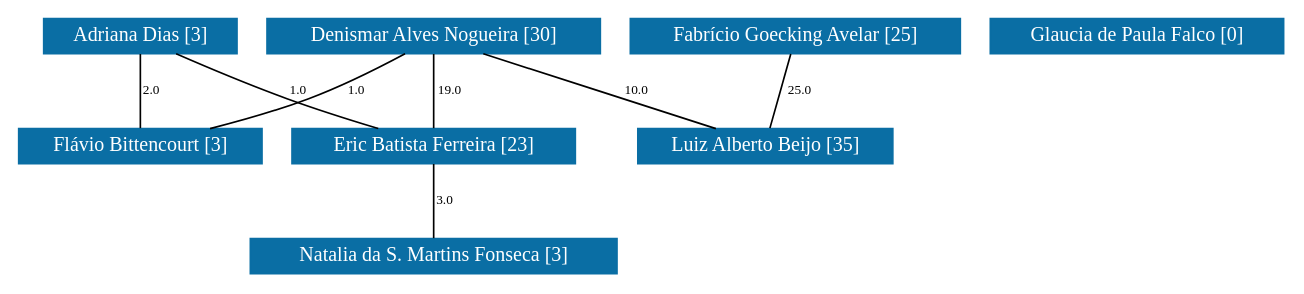
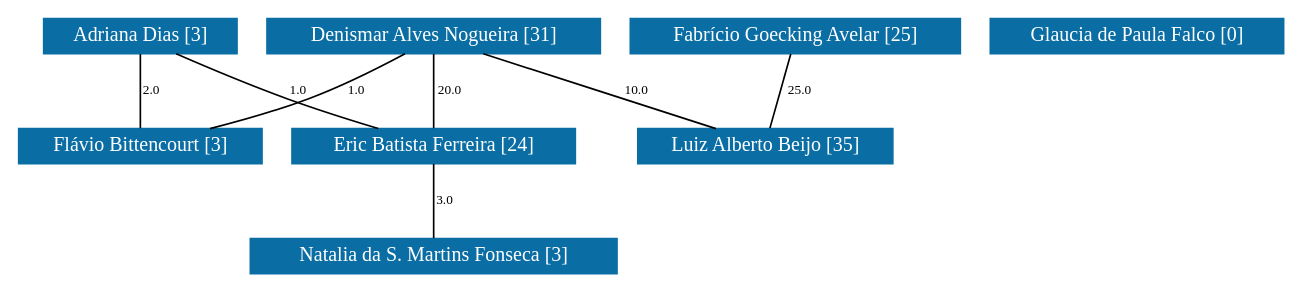
One commit to icamps/unifal-lattes.github.io changed the diagram in de/grafoDeColaboracoesComPesos.dot. Above: the diagram before and after it, drawn with Graphviz. The commit also changed 720 other files, not shown here.

```diff
--- a/de/grafoDeColaboracoesComPesos.dot
+++ b/de/grafoDeColaboracoesComPesos.dot
@@ -1,95 +1,95 @@
 strict graph grafo2 {
 	graph [bb="0,0,624.5,153",
 		id=grafo2,
 		overlap=False
 	];
 	node [fontsize=12,
 		label="\N",
 		shape=rectangle,
 		style=filled
 	];
 	0	 [URL="membro-9808310940421979.html",
 		color="#0A6EA4",
 		fontcolor="#FFFFFF",
 		height=0.29167,
 		label="Adriana Dias [3]",
 		pos="58.5,142.5",
 		width=1.3333];
 	2	 [URL="membro-9965398009651936.html",
 		color="#0A6EA4",
 		fontcolor="#FFFFFF",
 		height=0.29167,
-		label="Eric Batista Ferreira [23]",
+		label="Eric Batista Ferreira [24]",
 		pos="205.5,76.5",
 		width=1.8889];
 	0 -- 2	 [fontsize=8,
 		label=1.0,
 		lp="115.5,109.5",
 		pos="70.567,132 80.654,123.68 95.726,112.29 110.5,105 125.79,97.461 143.46,91.49 159.39,87.003"];
 	4	 [URL="membro-6581499944728910.html",
 		color="#0A6EA4",
 		fontcolor="#FFFFFF",
 		height=0.29167,
 		label="Flávio Bittencourt [3]",
 		pos="59.5,76.5",
 		width=1.6528];
 	0 -- 4	 [fontsize=8,
 		label=2.0,
 		lp="64.5,109.5",
 		pos="58.661,131.9 58.846,119.65 59.15,99.622 59.336,87.297"];
 	7	 [URL="membro-3374954104030940.html",
 		color="#0A6EA4",
 		fontcolor="#FFFFFF",
 		height=0.29167,
 		label="Natalia da S. Martins Fonseca [3]",
 		pos="205.5,10.5",
 		width=2.4444];
 	2 -- 7	 [fontsize=8,
 		label=3.0,
 		lp="210.5,43.5",
 		pos="205.5,65.896 205.5,53.653 205.5,33.622 205.5,21.297"];
 	1	 [URL="membro-3858924778362309.html",
 		color="#0A6EA4",
 		fontcolor="#FFFFFF",
 		height=0.29167,
-		label="Denismar Alves Nogueira [30]",
+		label="Denismar Alves Nogueira [31]",
 		pos="205.5,142.5",
 		width=2.2361];
 	1 -- 2	 [fontsize=8,
-		label=19.0,
+		label=20.0,
 		lp="212.5,109.5",
 		pos="205.5,131.9 205.5,119.65 205.5,99.622 205.5,87.297"];
 	1 -- 4	 [fontsize=8,
 		label=1.0,
 		lp="146.5,109.5",
 		pos="182.04,131.9 154.8,119.58 110.12,99.383 82.899,87.078"];
 	6	 [URL="membro-8194104388434526.html",
 		color="#0A6EA4",
 		fontcolor="#FFFFFF",
 		height=0.29167,
 		label="Luiz Alberto Beijo [35]",
 		pos="370.5,76.5",
 		width=1.7778];
 	1 -- 6	 [fontsize=8,
 		label=10.0,
 		lp="305.5,109.5",
 		pos="232.01,131.9 262.8,119.58 313.29,99.383 344.06,87.078"];
 	3	 [URL="membro-6886514520601172.html",
 		color="#0A6EA4",
 		fontcolor="#FFFFFF",
 		height=0.29167,
 		label="Fabrício Goecking Avelar [25]",
 		pos="384.5,142.5",
 		width=2.2222];
 	3 -- 6	 [fontsize=8,
 		label=25.0,
 		lp="385.5,109.5",
 		pos="382.25,131.9 379.65,119.65 375.4,99.622 372.79,87.297"];
 	5	 [URL="membro-4404511957654050.html",
 		color="#0A6EA4",
 		fontcolor="#FFFFFF",
 		height=0.29167,
 		label="Glaucia de Paula Falco [0]",
 		pos="553.5,142.5",
 		width=1.9722];
 }
```
